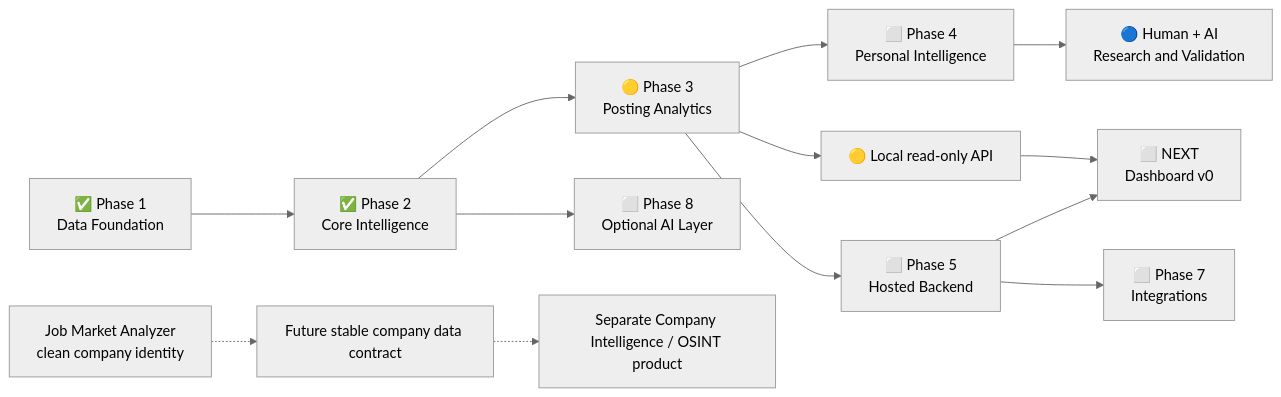
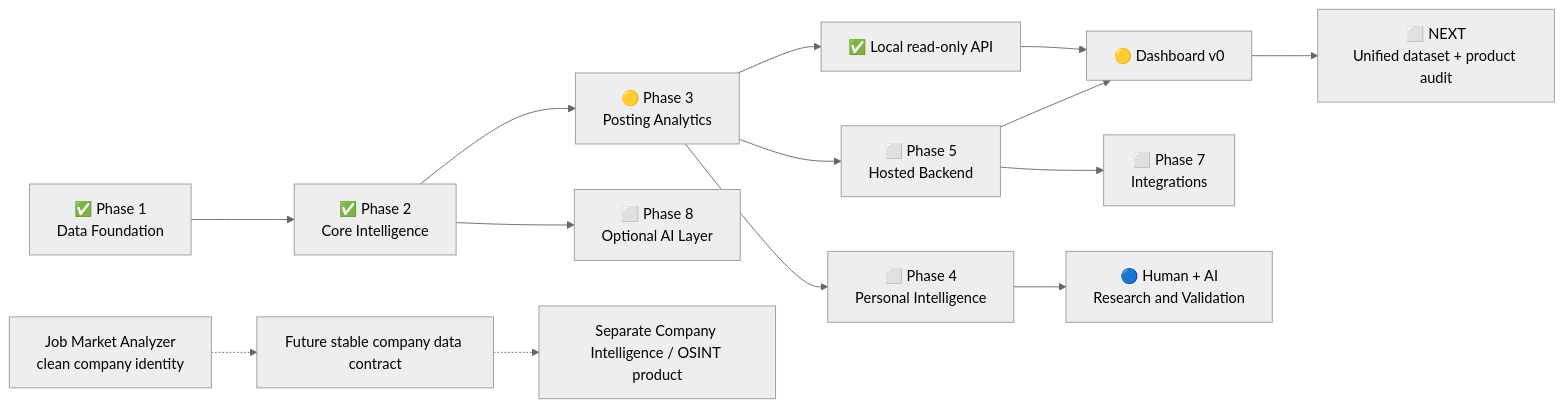
The first of 2 diagrams in docs/ROADMAP.md (teremno/job-market-analyzer), drawn with Mermaid (neutral theme) before and after one commit. The commit also changed other lines of this file and 33 other files, not shown here.

````diff
--- a/docs/ROADMAP.md
+++ b/docs/ROADMAP.md
@@ -41,15 +42,16 @@
 ```mermaid
 flowchart LR
     P1["✅ Phase 1<br/>Data Foundation"] --> P2["✅ Phase 2<br/>Core Intelligence"]
     P2 --> P3["🟡 Phase 3<br/>Posting Analytics"]
     P3 --> P4["⬜ Phase 4<br/>Personal Intelligence"]
-    P3 --> LA["🟡 Local read-only API"]
-    LA --> P6["⬜ NEXT<br/>Dashboard v0"]
+    P3 --> LA["✅ Local read-only API"]
+    LA --> P6["🟡 Dashboard v0"]
+    P6 --> UA["⬜ NEXT<br/>Unified dataset + product audit"]
     P3 --> P5["⬜ Phase 5<br/>Hosted Backend"]
     P5 --> P6
     P5 --> P7["⬜ Phase 7<br/>Integrations"]
     P2 --> P8["⬜ Phase 8<br/>Optional AI Layer"]
     P4 --> R["🔵 Human + AI<br/>Research and Validation"]
     JMA["Job Market Analyzer<br/>clean company identity"] -.-> DC["Future stable company data contract"]
     DC -.-> CI["Separate Company Intelligence / OSINT product"]
 ```
````
